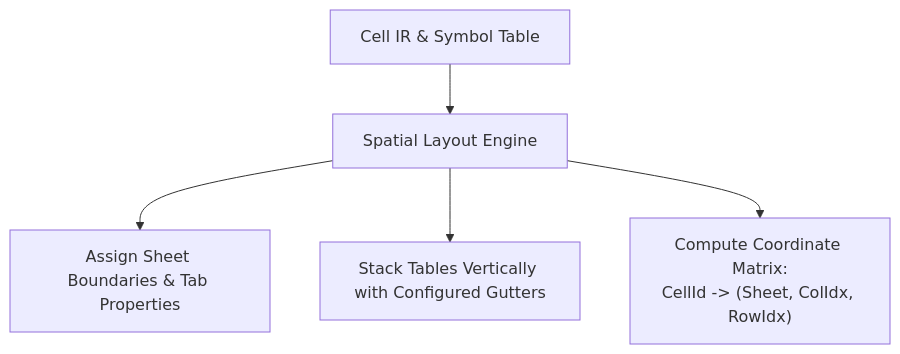
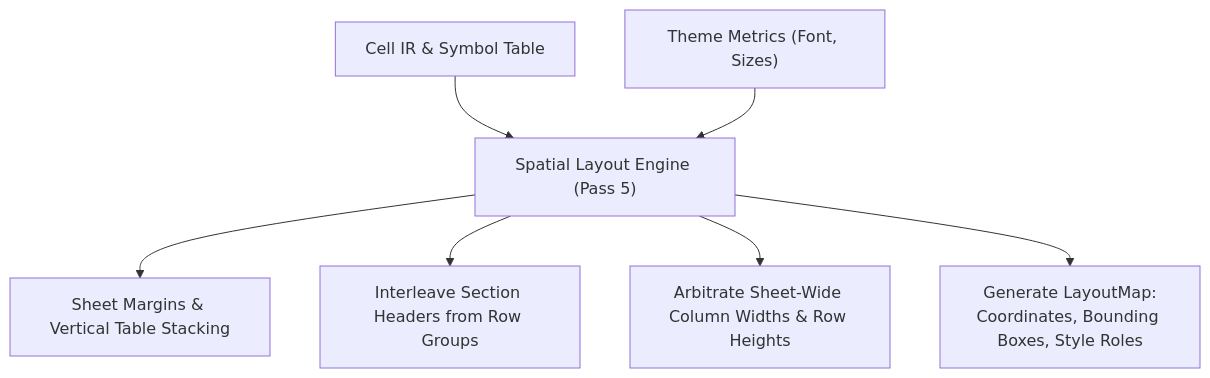
The diagram in docs/compiler/spatial-layout.md (mhcfa/f8), drawn with Mermaid before and after one commit. The commit also changed other lines of this file and 8 other files, not shown here.

First line of the commit message:
docs(dsl): document semantic formatting, pluggable themes, and spatial layout

````diff
--- a/docs/compiler/spatial-layout.md
+++ b/docs/compiler/spatial-layout.md
@@ -9,7 +9,9 @@
 ```mermaid
 flowchart TD
-    A["Cell IR & Symbol Table"] --> B["Spatial Layout Engine"]
-    B --> C["Assign Sheet Boundaries & Tab Properties"]
-    B --> D["Stack Tables Vertically with Configured Gutters"]
-    B --> E["Compute Coordinate Matrix:\nCellId -> (Sheet, ColIdx, RowIdx)"]
+    A["Cell IR & Symbol Table"] --> B["Spatial Layout Engine (Pass 5)"]
+    T["Theme Metrics (Font, Sizes)"] --> B
+    B --> C["Sheet Margins & Vertical Table Stacking"]
+    B --> D["Interleave Section Headers from Row Groups"]
+    B --> E["Arbitrate Sheet-Wide Column Widths & Row Heights"]
+    B --> F["Generate LayoutMap:\nCoordinates, Bounding Boxes, Style Roles"]
 ```
````
